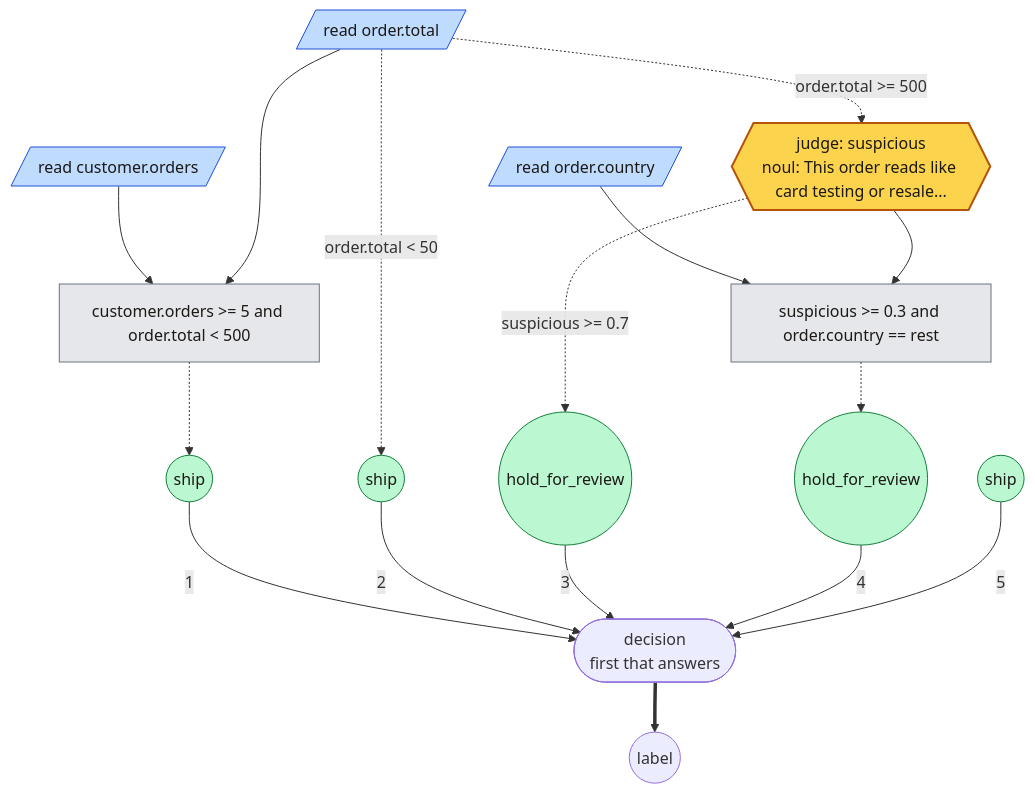
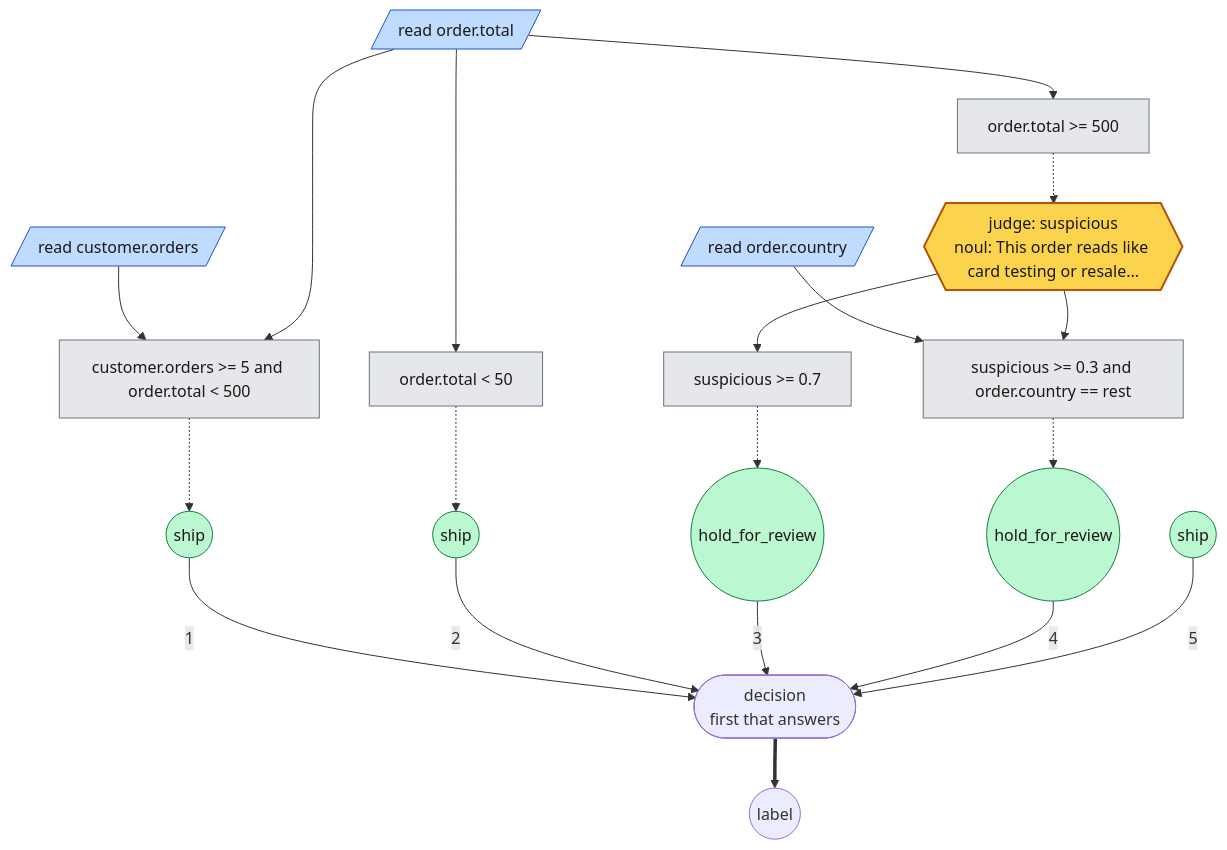
One commit to MCERQUA/rulesmith changed the sixth of 8 diagrams in README.md. Above: the diagram before and after it, drawn with Mermaid. The commit also changed other lines of this file and 3 other files, not shown here.

First line of the commit message:
Draw every condition as a box, and every graph in the README with draw

````diff
--- a/README.md
+++ b/README.md
@@ -738,39 +758,45 @@
 ```mermaid
 flowchart TD
     n0[/"read order.total"/]
     n1[/"read order.country"/]
     n2[/"read customer.orders"/]
     n3{{"judge: suspicious<br/>noul: This order reads like card testing or resale..."}}
     n4(("ship"))
     n5(("ship"))
     n6(("hold_for_review"))
     n7(("hold_for_review"))
     n8(("ship"))
     n9(["decision<br/>first that answers"])
-    n0 -.->|"order.total >= 500"| n3
-    c0["customer.orders >= 5 and order.total < 500"]
-    n2 --> c0
+    c0["order.total >= 500"]
     n0 --> c0
-    c0 -.-> n4
-    n0 -.->|"order.total < 50"| n5
-    n3 -.->|"suspicious >= 0.7"| n6
-    c1["suspicious >= 0.3 and order.country == rest"]
-    n1 --> c1
-    n3 --> c1
-    c1 -.-> n7
+    c0 -.-> n3
+    c1["customer.orders >= 5 and order.total < 500"]
+    n2 --> c1
+    n0 --> c1
+    c1 -.-> n4
+    c2["order.total < 50"]
+    n0 --> c2
+    c2 -.-> n5
+    c3["suspicious >= 0.7"]
+    n3 --> c3
+    c3 -.-> n6
+    c4["suspicious >= 0.3 and order.country == rest"]
+    n1 --> c4
+    n3 --> c4
+    c4 -.-> n7
     n4 -->|"1"| n9
     n5 -->|"2"| n9
     n6 -->|"3"| n9
     n7 -->|"4"| n9
     n8 -->|"5"| n9
     o0(("label"))
     n9 ==> o0
     classDef judge fill:#fcd34d,stroke:#b45309,stroke-width:2px,color:#1c1917
     class n3 judge
     classDef read fill:#bfdbfe,stroke:#1d4ed8,color:#1c1917
     class n0,n1,n2 read
     classDef rule fill:#bbf7d0,stroke:#15803d,color:#1c1917
     class n4,n5,n6,n7,n8 rule
     classDef condition fill:#e5e7eb,stroke:#6b7280,color:#1c1917
-    class c0,c1 condition
+    class c0,c1,c2,c3,c4 condition
 ```
````
